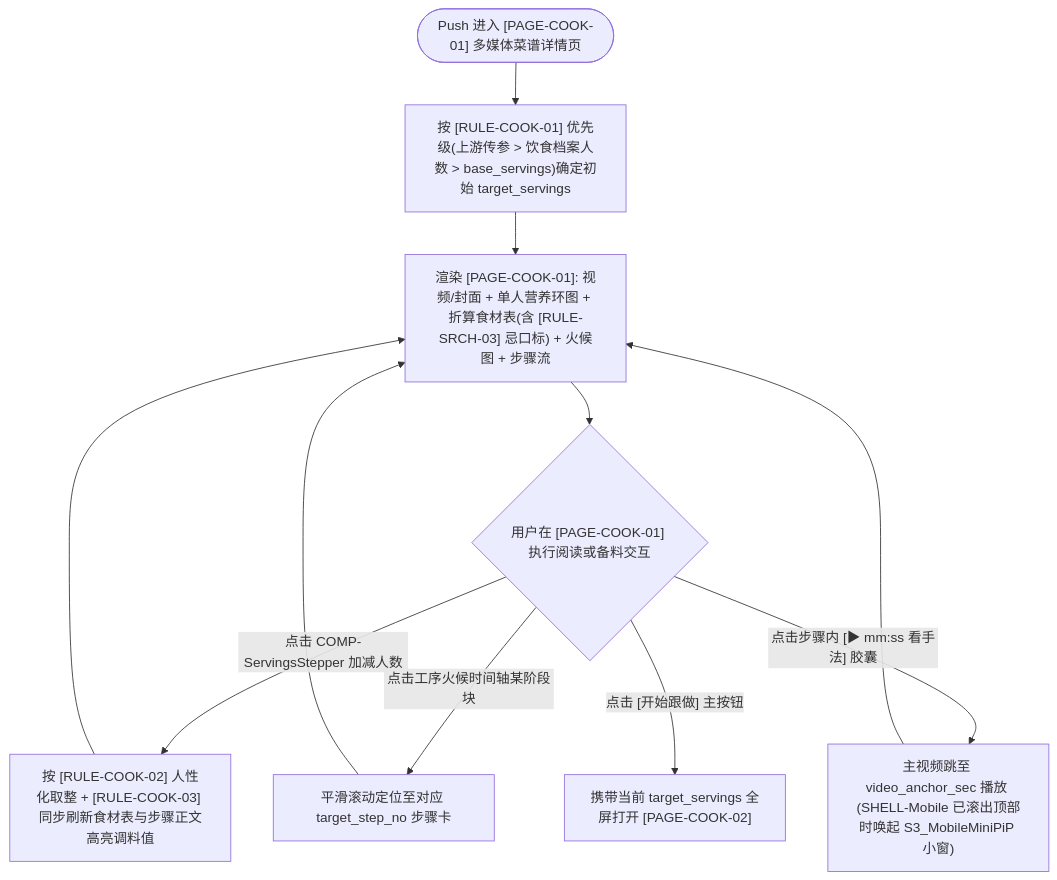
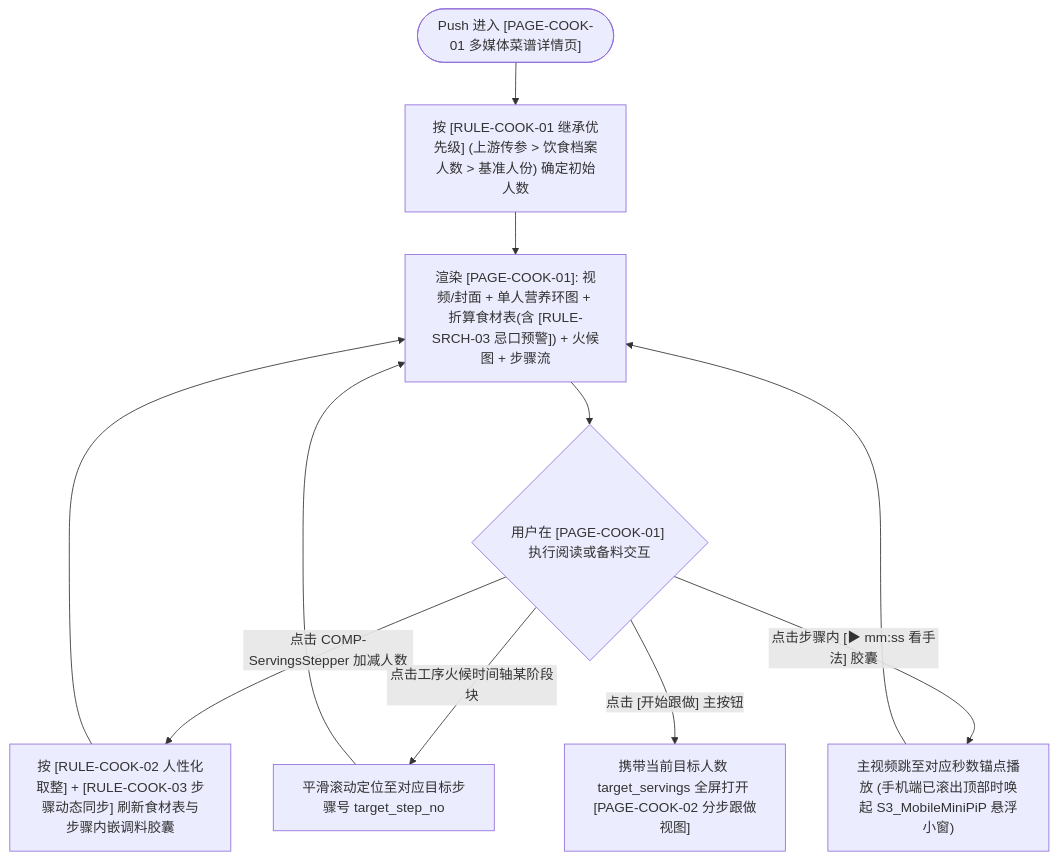
The first of 2 diagrams in Product/spec/04-ia-and-flows/flows/detail-and-cooking.md (icecream154/Cookbook), drawn with Mermaid before and after one commit. The commit also changed other lines of this file and 43 other files, not shown here.

````diff
--- a/Product/spec/04-ia-and-flows/flows/detail-and-cooking.md
+++ b/Product/spec/04-ia-and-flows/flows/detail-and-cooking.md
@@ -11,13 +13,13 @@
 ```mermaid
 flowchart TD
-    OPEN(["Push 进入 [PAGE-COOK-01] 多媒体菜谱详情页"]) --> INIT_SV["按 [RULE-COOK-01] 优先级(上游传参 > 饮食档案人数 > base_servings)确定初始 target_servings"]
-    INIT_SV --> RENDER["渲染 [PAGE-COOK-01]: 视频/封面 + 单人营养环图 + 折算食材表(含 [RULE-SRCH-03] 忌口标) + 火候图 + 步骤流"]
+    OPEN(["Push 进入 [PAGE-COOK-01 多媒体菜谱详情页]"]) --> INIT_SV["按 [RULE-COOK-01 继承优先级] (上游传参 > 饮食档案人数 > 基准人份) 确定初始人数"]
+    INIT_SV --> RENDER["渲染 [PAGE-COOK-01]: 视频/封面 + 单人营养环图 + 折算食材表(含 [RULE-SRCH-03 忌口预警]) + 火候图 + 步骤流"]
 
     RENDER --> INTERACT{"用户在 [PAGE-COOK-01] 执行阅读或备料交互"}
-    INTERACT -- "点击 COMP-ServingsStepper 加减人数" --> SCALE["按 [RULE-COOK-02] 人性化取整 + [RULE-COOK-03] 同步刷新食材表与步骤正文高亮调料值"]
-    INTERACT -- "点击工序火候时间轴某阶段块" --> SCROLL_STEP["平滑滚动定位至对应 target_step_no 步骤卡"]
-    INTERACT -- "点击步骤内 [▶ mm:ss 看手法] 胶囊" --> SEEK_VID["主视频跳至 video_anchor_sec 播放 (SHELL-Mobile 已滚出顶部时唤起 S3_MobileMiniPiP 小窗)"]
-    INTERACT -- "点击 [开始跟做] 主按钮" --> GO_FOCUS["携带当前 target_servings 全屏打开 [PAGE-COOK-02]"]
+    INTERACT -- "点击 COMP-ServingsStepper 加减人数" --> SCALE["按 [RULE-COOK-02 人性化取整] + [RULE-COOK-03 步骤动态同步] 刷新食材表与步骤内嵌调料胶囊"]
+    INTERACT -- "点击工序火候时间轴某阶段块" --> SCROLL_STEP["平滑滚动定位至对应目标步骤号 target_step_no"]
+    INTERACT -- "点击步骤内 [▶ mm:ss 看手法] 胶囊" --> SEEK_VID["主视频跳至对应秒数锚点播放 (手机端已滚出顶部时唤起 S3_MobileMiniPiP 悬浮小窗)"]
+    INTERACT -- "点击 [开始跟做] 主按钮" --> GO_FOCUS["携带当前目标人数 target_servings 全屏打开 [PAGE-COOK-02 分步跟做视图]"]
 
     SCALE & SCROLL_STEP & SEEK_VID --> RENDER
 ```
````
